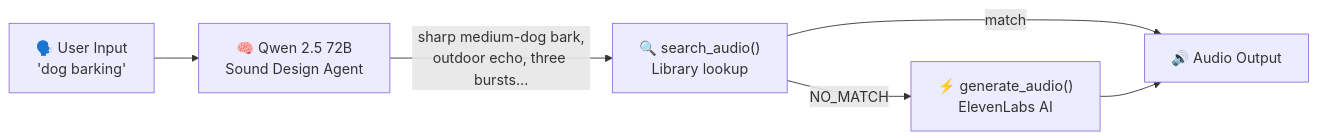
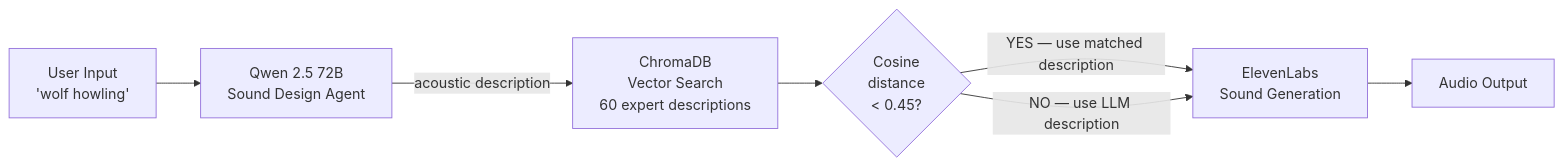
One commit to yshemashree/Audify.ai changed the first of 4 diagrams in README.md. Above: the diagram before and after it, drawn with Mermaid. The commit also changed other lines of this file, not shown here.

Commit message:
Update README with ChromaDB vector search, RAG pipeline, updated diagrams

````diff
--- a/README.md
+++ b/README.md
@@ -22,14 +23,16 @@
 ```mermaid
 flowchart LR
-    INPUT["🗣️ User Input\n'dog barking'"]
-    LLM["🧠 Qwen 2.5 72B\nSound Design Agent"]
-    SEARCH["🔍 search_audio()\nLibrary lookup"]
-    GEN["⚡ generate_audio()\nElevenLabs AI"]
-    OUT["🔊 Audio Output"]
+    INPUT["User Input\n'wolf howling'"]
+    LLM["Qwen 2.5 72B\nSound Design Agent"]
+    CHROMA["ChromaDB\nVector Search\n60 expert descriptions"]
+    MATCH{Cosine\ndistance\n< 0.45?}
+    GEN["ElevenLabs\nSound Generation"]
+    OUT["Audio Output"]
 
     INPUT --> LLM
-    LLM -->|"sharp medium-dog bark,\noutdoor echo, three bursts..."| SEARCH
-    SEARCH -->|NO_MATCH| GEN
-    SEARCH -->|match| OUT
+    LLM -->|acoustic description| CHROMA
+    CHROMA --> MATCH
+    MATCH -->|YES — use matched description| GEN
+    MATCH -->|NO — use LLM description| GEN
     GEN --> OUT
 ```
````
